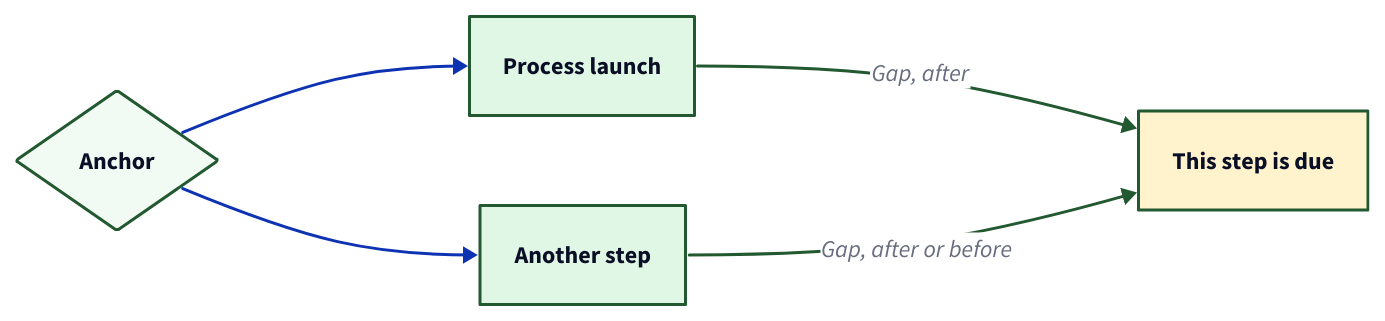
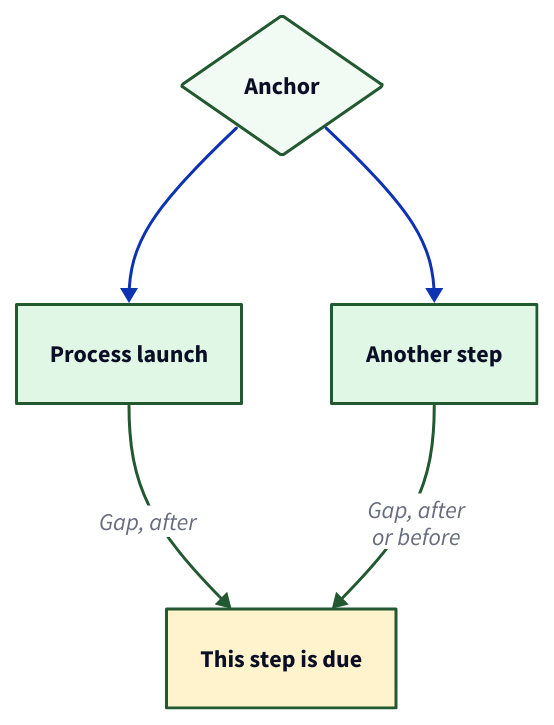
The first of 2 diagrams in src/content/docs/pro/documenting/templates/edit-templates/step-timings.mdx (tallyfy/documentation), drawn with D2 before and after one commit. The commit also changed other lines of this file and 13 other files, not shown here.

First line of the commit message:
Redraw 16 diagrams on 14 pages so they read at full size

````diff
--- a/src/content/docs/pro/documenting/templates/edit-templates/step-timings.mdx
+++ b/src/content/docs/pro/documenting/templates/edit-templates/step-timings.mdx
@@ -35,37 +35,37 @@
 ```d2
 # What a step deadline can count from
-direction: right
+direction: down
 
 Anchor: Anchor {
   shape: diamond
   style.fill: "#f2faf4"
   style.stroke: "#225930"
 }
 
 Launch: Process launch {
   shape: rectangle
   style.fill: "#e1f7e6"
   style.stroke: "#225930"
 }
 
 Other: Another step {
   shape: rectangle
   style.fill: "#e1f7e6"
   style.stroke: "#225930"
 }
 
 Due: This step is due {
   shape: rectangle
   style.fill: "#fff3cd"
   style.stroke: "#225930"
 }
 
 Anchor -> Launch
 Anchor -> Other
-Launch -> Due: Gap, after {
+Launch -> Due: "Gap, after" {
   style.stroke: "#225930"
 }
-Other -> Due: Gap, after or before {
+Other -> Due: "Gap, after\nor before" {
   style.stroke: "#225930"
 }
 ```
````
